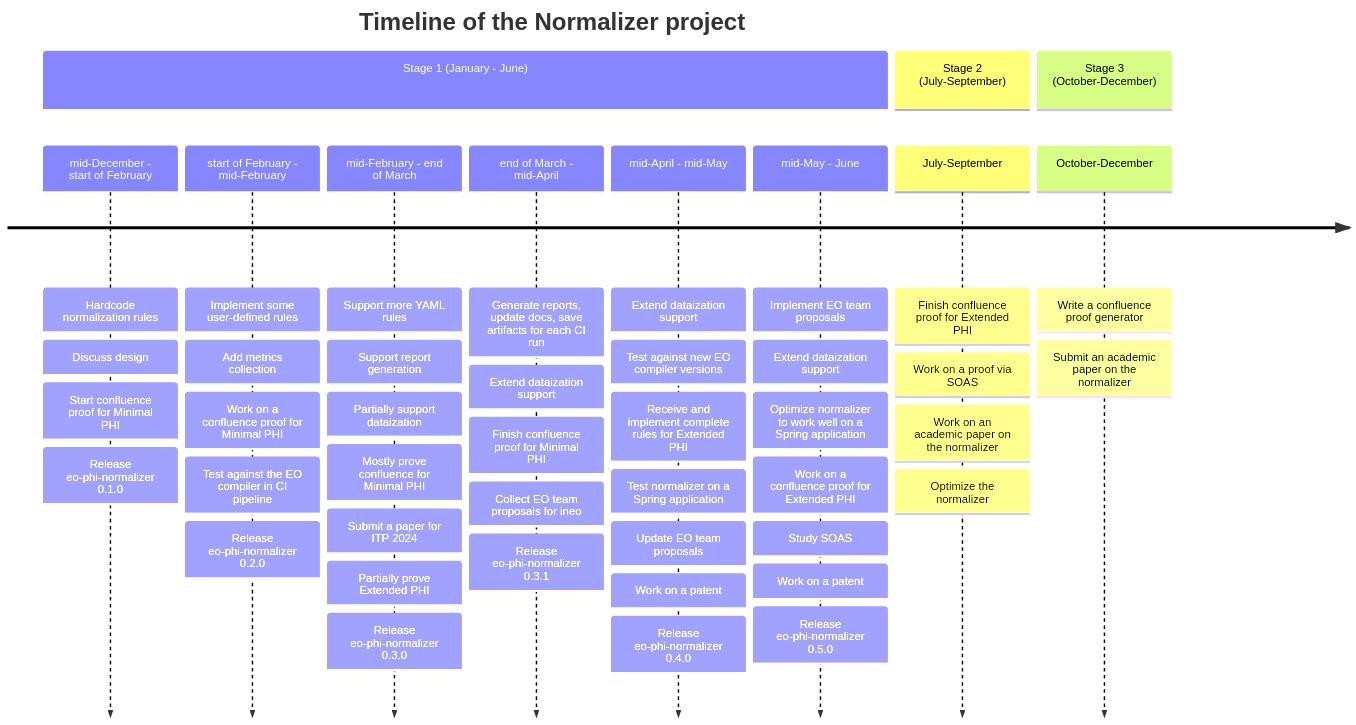
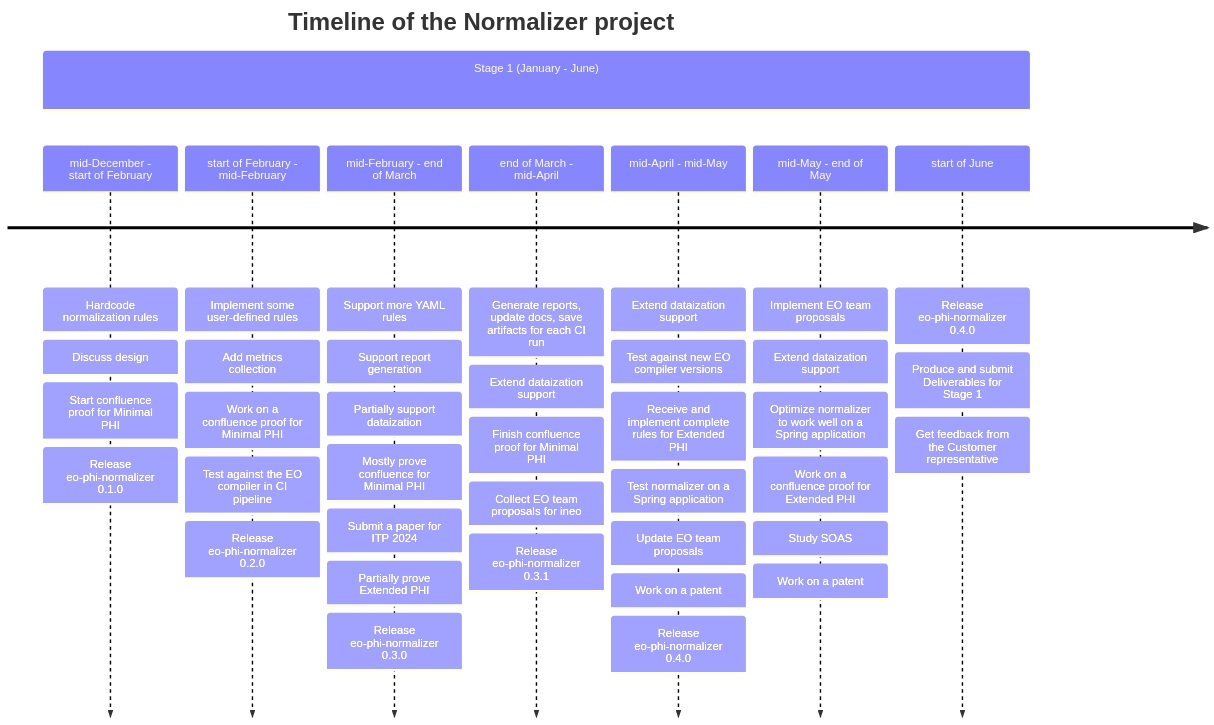
One commit to deemp/normalizer-docs changed the first of 2 diagrams in README.md. Above: the diagram before and after it, drawn with Mermaid. The commit also changed other lines of this file, not shown here.

Commit message:
fix(readme): timeline

````diff
--- a/README.md
+++ b/README.md
@@ -15,57 +15,49 @@
 ```mermaid
 timeline
     title Timeline of the Normalizer project
     section Stage 1 (January - June)
         mid-December - start of February
             : Hardcode normalization rules
             : Discuss design
             : Start confluence proof for Minimal PHI
             : Release eo-phi-normalizer 0.1.0
         start of February - mid-February
             : Implement some user-defined rules
             : Add metrics collection
             : Work on a confluence proof for Minimal PHI
             : Test against the EO compiler in CI pipeline
             : Release eo-phi-normalizer 0.2.0
         mid-February - end of March
             : Support more YAML rules
             : Support report generation
             : Partially support dataization
             : Mostly prove confluence for Minimal PHI
             : Submit a paper for ITP 2024
             : Partially prove Extended PHI
             : Release eo-phi-normalizer 0.3.0
         end of March - mid-April
             : Generate reports, update docs, save artifacts for each CI run
             : Extend dataization support
             : Finish confluence proof for Minimal PHI
             : Collect EO team proposals for ineo
             : Release eo-phi-normalizer 0.3.1
         mid-April - mid-May
             : Extend dataization support
             : Test against new EO compiler versions
             : Receive and implement complete rules for Extended PHI
             : Test normalizer on a Spring application
             : Update EO team proposals
             : Work on a patent
             : Release eo-phi-normalizer 0.4.0
-        mid-May - June
+        mid-May - end of May
             : Implement EO team proposals
             : Extend dataization support
             : Optimize normalizer to work well on a Spring application
             : Work on a confluence proof for Extended PHI
             : Study SOAS
             : Work on a patent
-            : Release eo-phi-normalizer 0.5.0    
-
-    section Stage 2 (July-September)
-        July-September
-            : Finish confluence proof for Extended PHI
-            : Work on a proof via SOAS
-            : Work on an academic paper on the normalizer
-            : Optimize the normalizer
-    section Stage 3 (October-December)
-        October-December
-            : Write a confluence proof generator
-            : Submit an academic paper on the normalizer
+        start of June
+            : Release eo-phi-normalizer 0.4.0
+            : Produce and submit Deliverables for Stage 1
+            : Get feedback from the Customer representative
 ```
````
